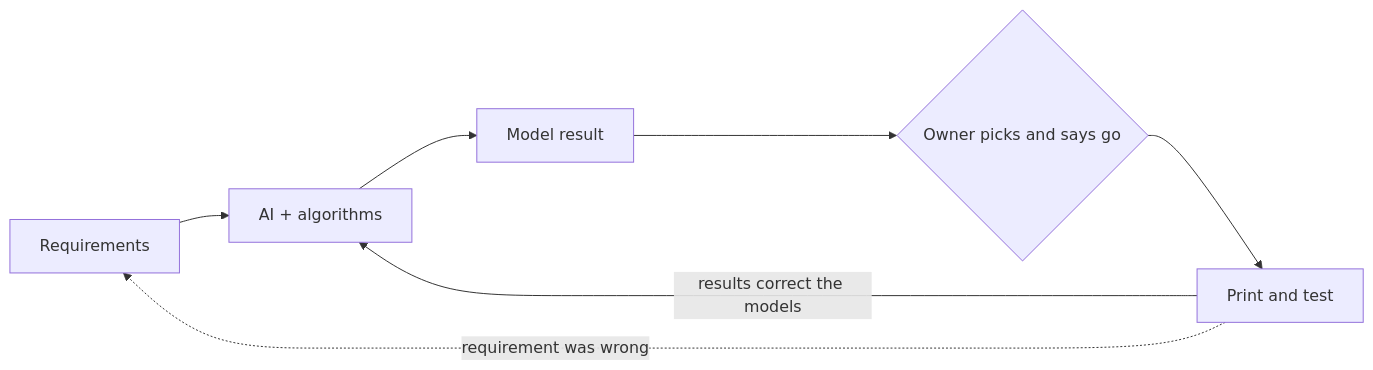
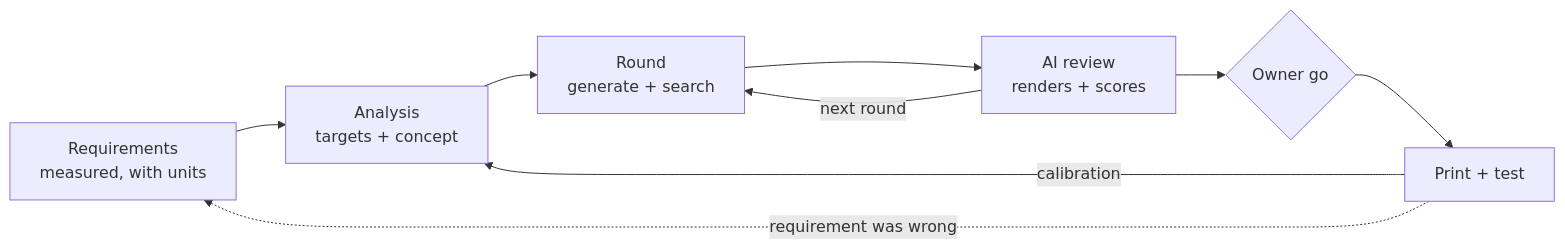
One commit to mayphus/gendesign changed the diagram in README.md. Above: the diagram before and after it, drawn with Mermaid. The commit also changed other lines of this file and 136 other files, not shown here.

````diff
--- a/README.md
+++ b/README.md
@@ -5,9 +5,11 @@
 ```mermaid
 flowchart LR
-    I[Requirements] --> P[AI + algorithms]
-    P --> O[Model result]
-    O --> Y{Owner picks and says go}
-    Y --> T[Print and test]
-    T -- results correct the models --> P
-    T -. requirement was wrong .-> I
+    R[Requirements<br/>measured, with units] --> A[Analysis<br/>targets + concept]
+    A --> G[Round<br/>generate + search]
+    G --> V[AI review<br/>renders + scores]
+    V -->|next round| G
+    V --> O{Owner go}
+    O --> T[Print + test]
+    T -- calibration --> A
+    T -. requirement was wrong .-> R
 ```
````
